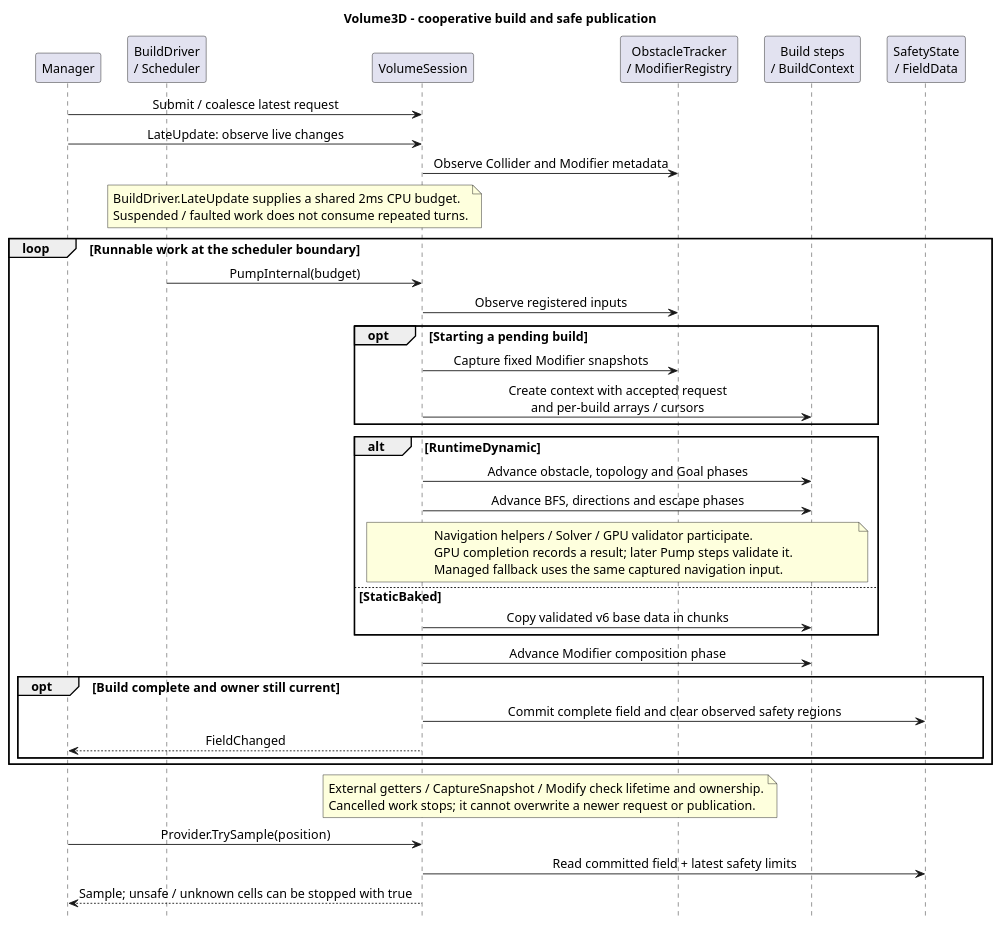
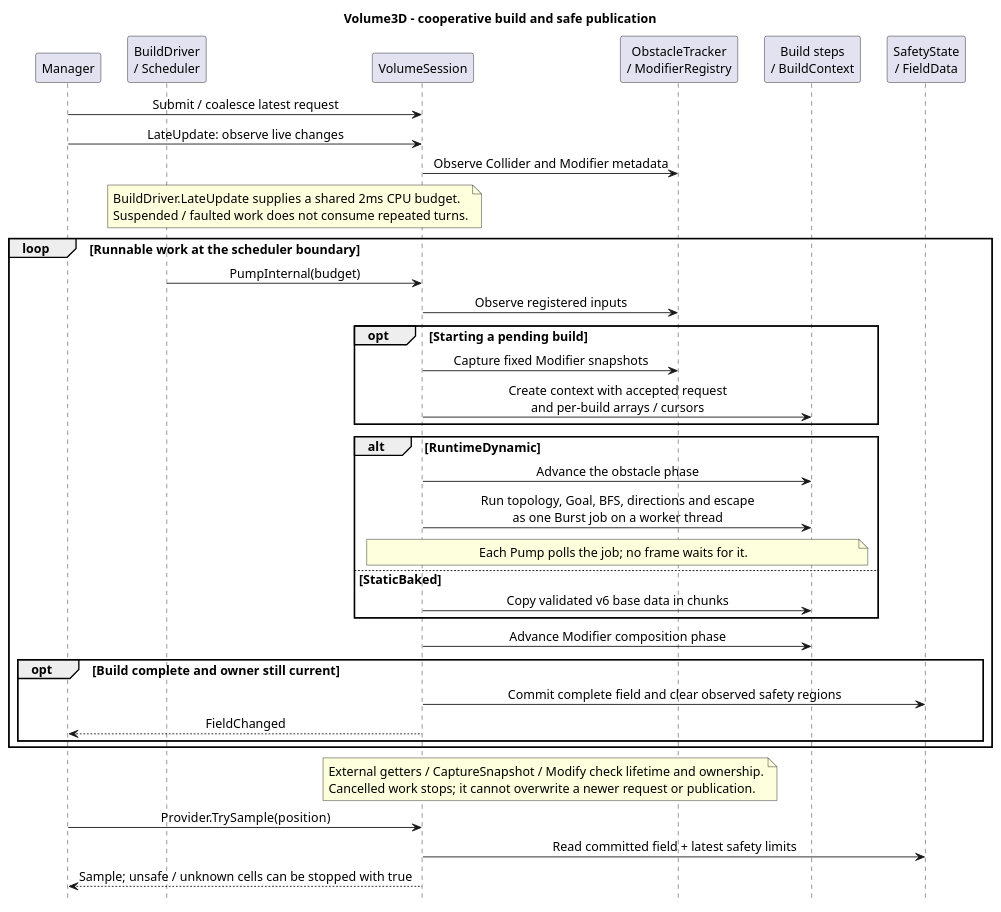
One commit to youwonsock/tool-unity-editor changed the diagram in ToyProject/Assets/_FlowField/Docs/flowfield-volume.puml. Above: the diagram before and after it, drawn with PlantUML. The commit also changed 71 other files, not shown here.

First line of the commit message:
FlowField: 내비게이션을 Burst 워커 Job으로 옮기고 GPU 경로 제거

```diff
--- a/ToyProject/Assets/_FlowField/Docs/flowfield-volume.puml
+++ b/ToyProject/Assets/_FlowField/Docs/flowfield-volume.puml
@@ -1,46 +1,46 @@
 @startuml flowfield-volume
 skinparam shadowing false
 skinparam defaultFontName SansSerif
 skinparam defaultFontSize 14
 skinparam sequenceMessageAlign center
 skinparam ParticipantPadding 10
 skinparam BoxPadding 6
 hide footbox
 title Volume3D - cooperative build and safe publication
 
 participant "Manager" as M
 participant "BuildDriver\n/ Scheduler" as Q
 participant "VolumeSession" as S
 participant "ObstacleTracker\n/ ModifierRegistry" as O
 participant "Build steps\n/ BuildContext" as B
 participant "SafetyState\n/ FieldData" as P
 
 M -> S : Submit / coalesce latest request
 M -> S : LateUpdate: observe live changes
 S -> O : Observe Collider and Modifier metadata
 note over Q,S : BuildDriver.LateUpdate supplies a shared 2ms CPU budget.\nSuspended / faulted work does not consume repeated turns.
 loop Runnable work at the scheduler boundary
   Q -> S : PumpInternal(budget)
   S -> O : Observe registered inputs
   opt Starting a pending build
     S -> O : Capture fixed Modifier snapshots
     S -> B : Create context with accepted request\nand per-build arrays / cursors
   end
   alt RuntimeDynamic
-    S -> B : Advance obstacle, topology and Goal phases
-    S -> B : Advance BFS, directions and escape phases
-    note over S,B : Navigation helpers / Solver / GPU validator participate.\nGPU completion records a result; later Pump steps validate it.\nManaged fallback uses the same captured navigation input.
+    S -> B : Advance the obstacle phase
+    S -> B : Run topology, Goal, BFS, directions and escape\nas one Burst job on a worker thread
+    note over S,B : Each Pump polls the job; no frame waits for it.
   else StaticBaked
     S -> B : Copy validated v6 base data in chunks
   end
   S -> B : Advance Modifier composition phase
   opt Build complete and owner still current
     S -> P : Commit complete field and clear observed safety regions
     S --> M : FieldChanged
   end
 end
 note over S,O : External getters / CaptureSnapshot / Modify check lifetime and ownership.\nCancelled work stops; it cannot overwrite a newer request or publication.
 M -> S : Provider.TrySample(position)
 S -> P : Read committed field + latest safety limits
 S --> M : Sample; unsafe / unknown cells can be stopped with true
 @enduml
```
